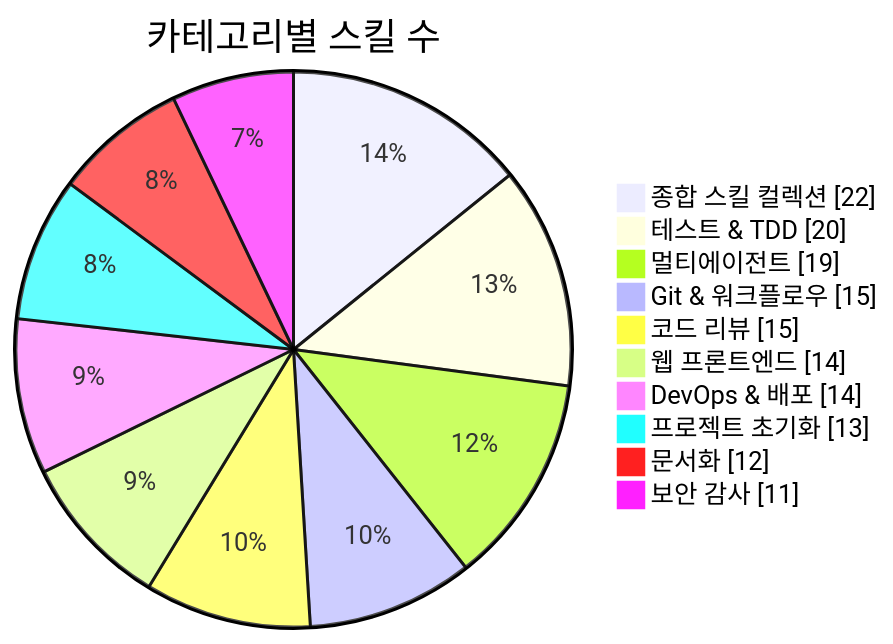
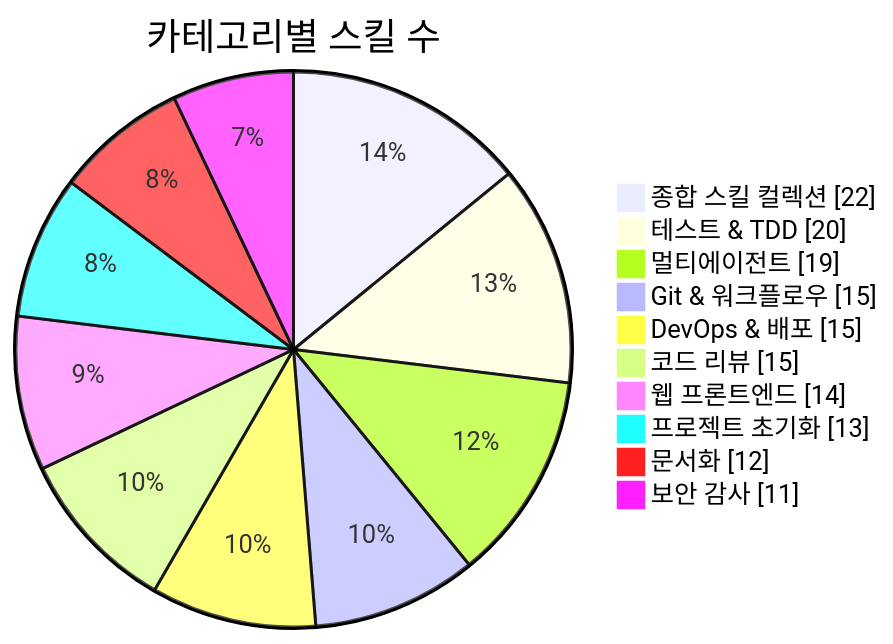
One commit to J-nowcow/awesome-korean-agent-skills changed the first of 3 diagrams in README.md. Above: the diagram before and after it, drawn with Mermaid. The commit also changed other lines of this file and 4 other files, not shown here.

````diff
--- a/README.md
+++ b/README.md
@@ -176,14 +176,14 @@
 ```mermaid
 pie showData
     title 카테고리별 스킬 수
     "종합 스킬 컬렉션" : 22
     "테스트 & TDD" : 20
     "멀티에이전트" : 19
     "Git & 워크플로우" : 15
+    "DevOps & 배포" : 15
     "코드 리뷰" : 15
     "웹 프론트엔드" : 14
-    "DevOps & 배포" : 14
     "프로젝트 초기화" : 13
     "문서화" : 12
     "보안 감사" : 11
 ```
````
